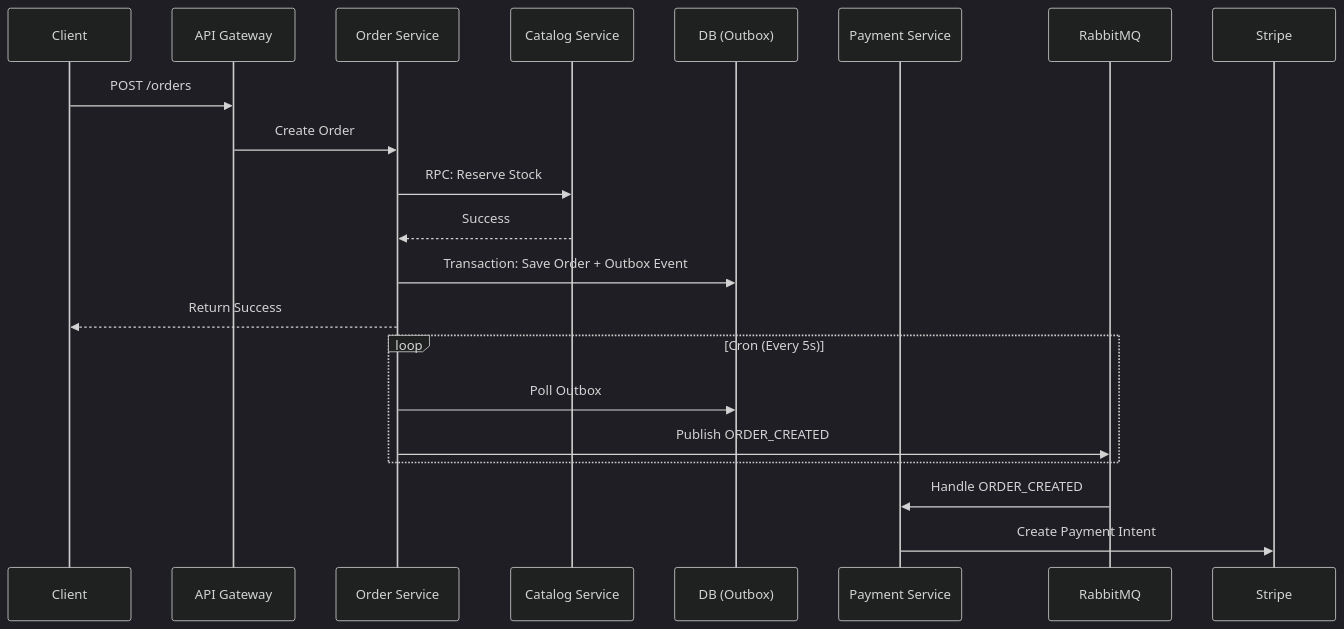
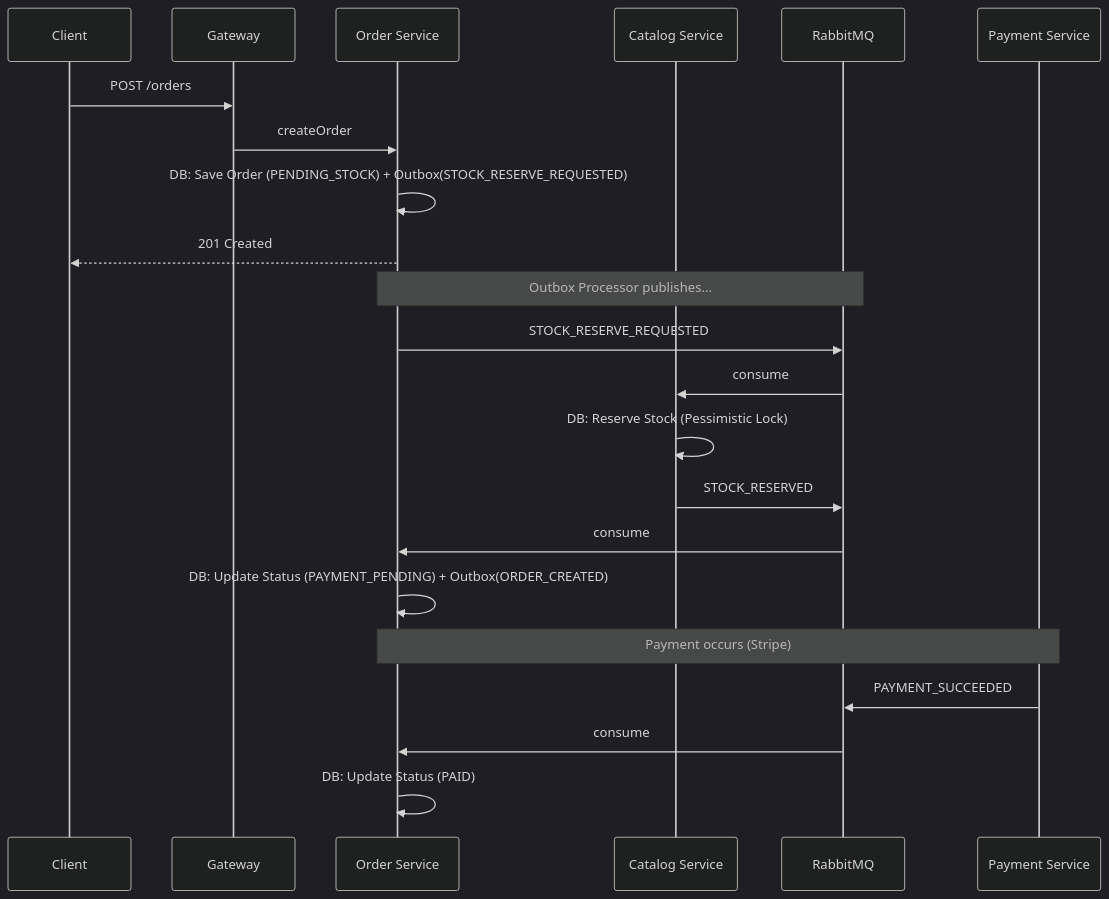
One commit to AmitxParmar/modular-mart-microservices changed the second of 2 diagrams in prd/02-system-design.md. Above: the diagram before and after it, drawn with Mermaid (dark theme). The commit also changed other lines of this file and 13 other files, not shown here.

````diff
--- a/prd/02-system-design.md
+++ b/prd/02-system-design.md
@@ -193,25 +102,28 @@
 ```mermaid
 sequenceDiagram
     participant C as Client
-    participant G as API Gateway
+    participant G as Gateway
     participant O as Order Service
     participant Cat as Catalog Service
-    participant DB as DB (Outbox)
+    participant RMQ as RabbitMQ
     participant P as Payment Service
-    participant RMQ as RabbitMQ
 
     C->>G: POST /orders
-    G->>O: Create Order
-    O->>Cat: RPC: Reserve Stock
-    Cat-->>O: Success
-    O->>DB: Transaction: Save Order + Outbox Event
-    O-->>C: Return Success
+    G->>O: createOrder
+    O->>O: DB: Save Order (PENDING_STOCK) + Outbox(STOCK_RESERVE_REQUESTED)
+    O-->>C: 201 Created
+
+    Note over O,RMQ: Outbox Processor publishes...
+    O->>RMQ: STOCK_RESERVE_REQUESTED
+    RMQ->>Cat: consume
+    Cat->>Cat: DB: Reserve Stock (Pessimistic Lock)
+    Cat->>RMQ: STOCK_RESERVED
     
-    loop Cron (Every 5s)
-        O->>DB: Poll Outbox
-        O->>RMQ: Publish ORDER_CREATED
-    end
-
-    RMQ->>P: Handle ORDER_CREATED
-    P->>Stripe: Create Payment Intent
+    RMQ->>O: consume
+    O->>O: DB: Update Status (PAYMENT_PENDING) + Outbox(ORDER_CREATED)
+    
+    Note over O,P: Payment occurs (Stripe)
+    P->>RMQ: PAYMENT_SUCCEEDED
+    RMQ->>O: consume
+    O->>O: DB: Update Status (PAID)
 ```
````
